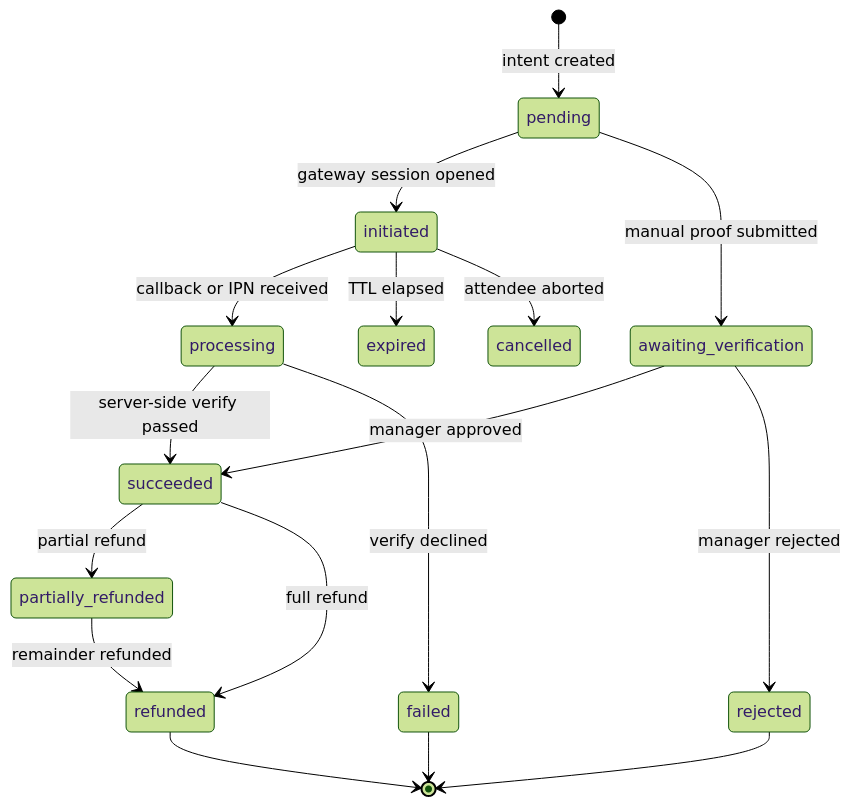
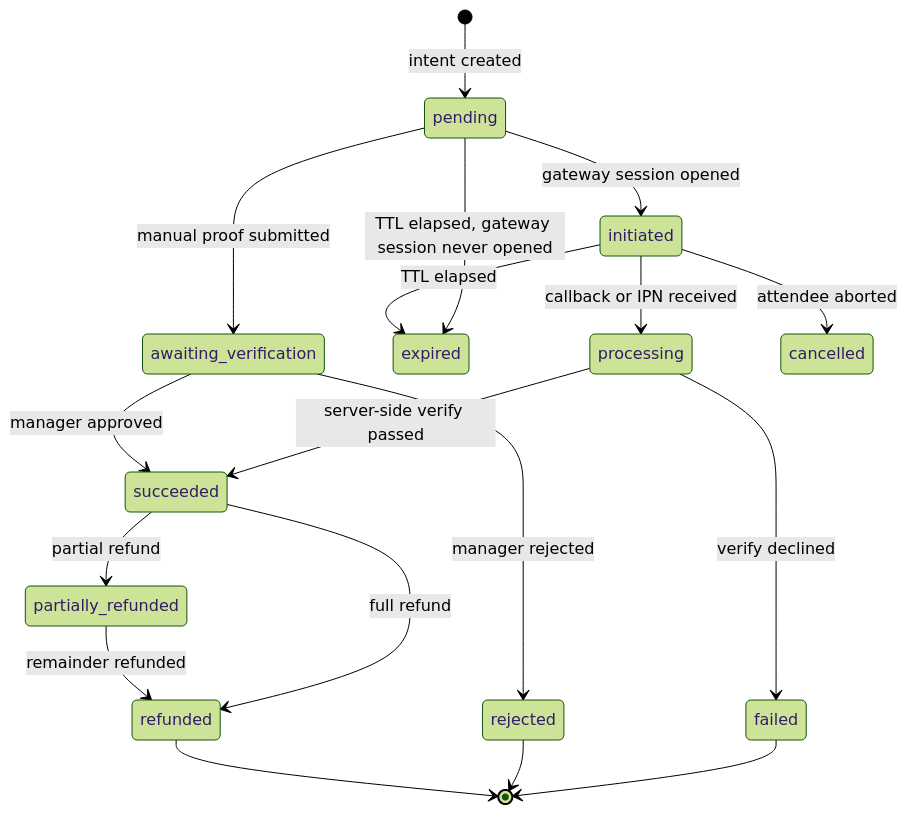
Before and after one commit to mominuldev/decent-event-management: the eighth of 11 diagrams in docs/04-erd.md, drawn with Mermaid (forest theme). The commit also changed other lines of this file and 99 other files, not shown here.

````diff
--- a/docs/04-erd.md
+++ b/docs/04-erd.md
@@ -505,19 +505,20 @@
 ```mermaid
 stateDiagram-v2
     [*] --> pending: intent created
     pending --> initiated: gateway session opened
     pending --> awaiting_verification: manual proof submitted
+    pending --> expired: TTL elapsed, gateway session never opened
     initiated --> processing: callback or IPN received
     processing --> succeeded: server-side verify passed
     processing --> failed: verify declined
     initiated --> expired: TTL elapsed
     initiated --> cancelled: attendee aborted
     awaiting_verification --> succeeded: manager approved
     awaiting_verification --> rejected: manager rejected
     succeeded --> partially_refunded: partial refund
     succeeded --> refunded: full refund
     partially_refunded --> refunded: remainder refunded
     failed --> [*]
     rejected --> [*]
     refunded --> [*]
 ```
````
